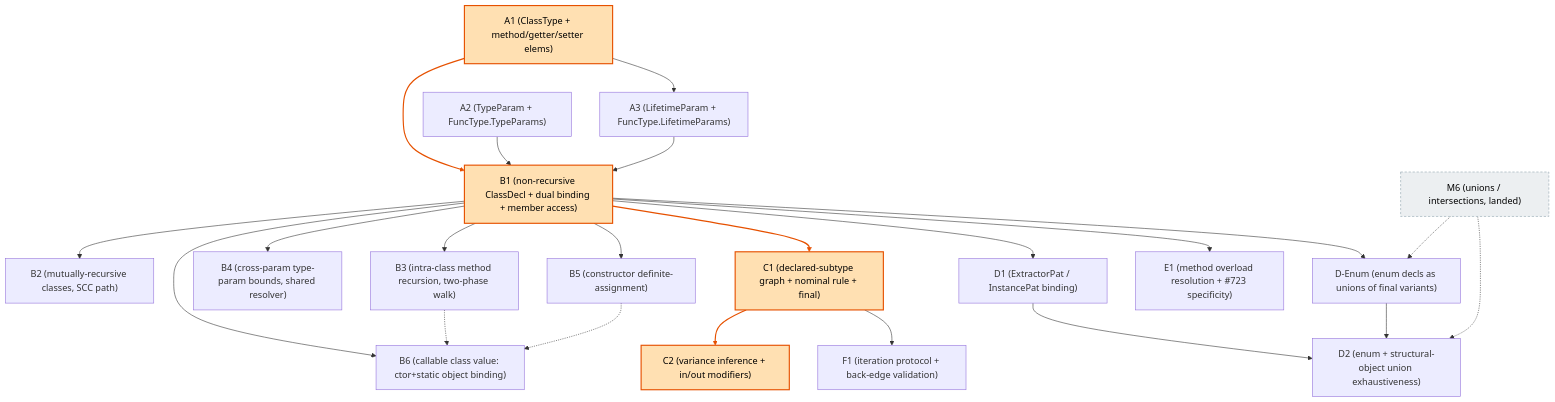
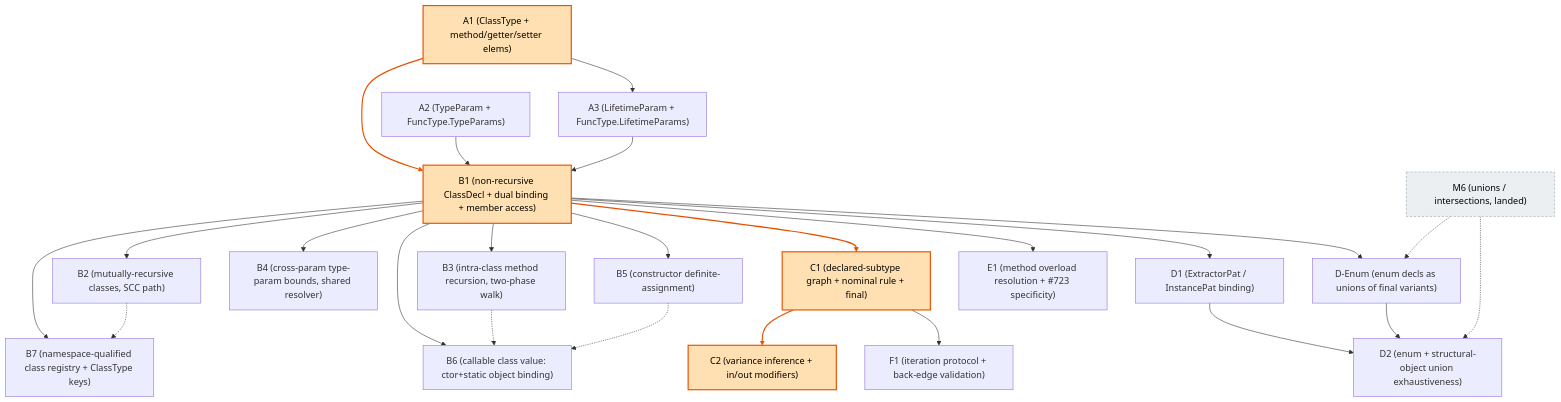
One commit to escalier-lang/escalier changed the diagram in planning/simple_sub/m5-implementation-plan.md. Above: the diagram before and after it, drawn with Mermaid. The commit also changed other lines of this file, not shown here.

````diff
--- a/planning/simple_sub/m5-implementation-plan.md
+++ b/planning/simple_sub/m5-implementation-plan.md
@@ -1258,48 +1310,51 @@
 ```mermaid
 graph TD
     A1["A1 (ClassType + method/getter/setter elems)"]
     A2["A2 (TypeParam + FuncType.TypeParams)"]
     A3["A3 (LifetimeParam + FuncType.LifetimeParams)"]
     B1["B1 (non-recursive ClassDecl + dual binding + member access)"]
     B2["B2 (mutually-recursive classes, SCC path)"]
     B3["B3 (intra-class method recursion, two-phase walk)"]
     B4["B4 (cross-param type-param bounds, shared resolver)"]
     B5["B5 (constructor definite-assignment)"]
     B6["B6 (callable class value: ctor+static object binding)"]
+    B7["B7 (namespace-qualified class registry + ClassType keys)"]
     C1["C1 (declared-subtype graph + nominal rule + final)"]
     C2["C2 (variance inference + in/out modifiers)"]
     F1["F1 (iteration protocol + back-edge validation)"]
     D1["D1 (ExtractorPat / InstancePat binding)"]
     DEnum["D-Enum (enum decls as unions of final variants)"]
     D2["D2 (enum + structural-object union exhaustiveness)"]
     E1["E1 (method overload resolution + #723 specificity)"]
     M6["M6 (unions / intersections, landed)"]
 
     A1 --> B1
     A1 --> A3
     A2 --> B1
     A3 --> B1
     B1 --> B2
     B1 --> B3
     B1 --> B4
     B1 --> B5
     B1 --> C1
     B1 --> D1
     B1 --> DEnum
     B1 --> E1
     C1 --> C2
     C1 --> F1
     D1 --> D2
     DEnum --> D2
     M6 -.-> DEnum
     M6 -.-> D2
     B1 --> B6
     B3 -.-> B6
     B5 -.-> B6
+    B1 --> B7
+    B2 -.-> B7
 
     classDef crit fill:#ffe0b2,stroke:#e65100,stroke-width:2px,color:#000;
     classDef landed fill:#eceff1,stroke:#90a4ae,stroke-dasharray:4 3,color:#000;
     class A1,B1,C1,C2 crit;
     class M6 landed;
     linkStyle 0,8,12 stroke:#e65100,stroke-width:2px;
 ```
````
